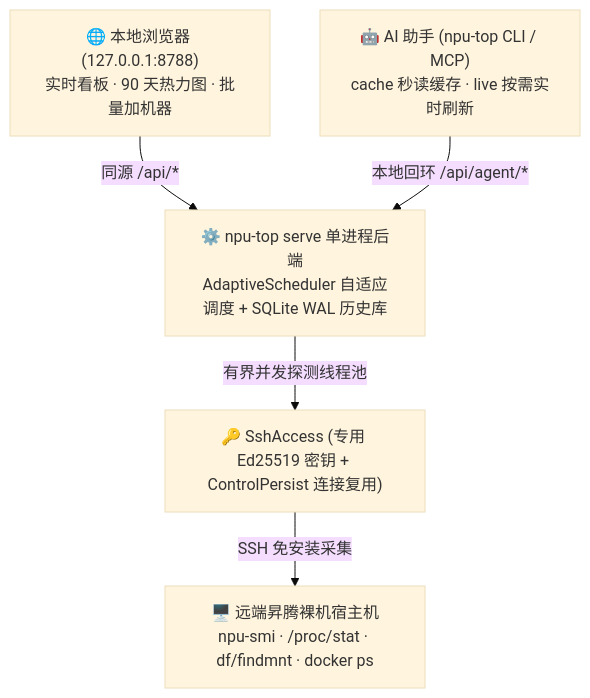
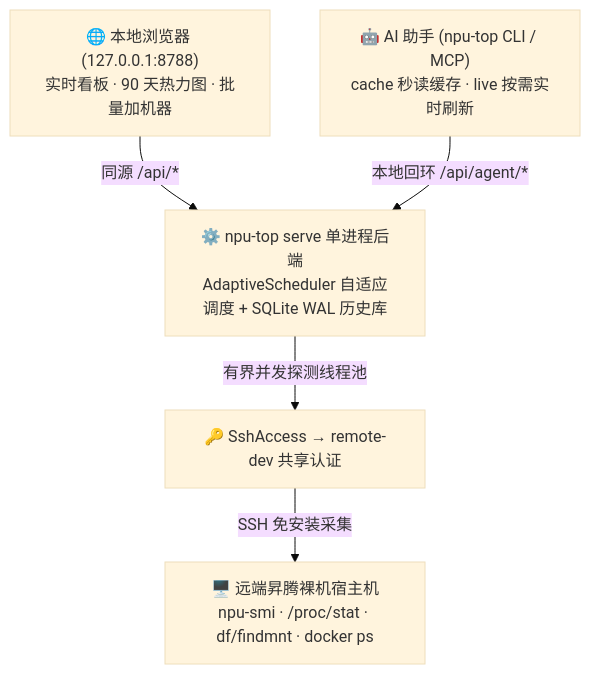
Before and after one commit to mindie-agent/npu-top: the diagram in docs/architecture.zh.md, drawn with Mermaid (base theme). The commit also changed other lines of this file and 24 other files, not shown here.

Commit message:
feat(auth): reuse remote-dev credentials for monitor connections

````diff
--- a/docs/architecture.zh.md
+++ b/docs/architecture.zh.md
@@ -7,13 +7,13 @@
 ```mermaid
 flowchart TB
     Browser["🌐 本地浏览器 (127.0.0.1:8788)<br/>实时看板 · 90 天热力图 · 批量加机器"]
     Agent["🤖 AI 助手 (npu-top CLI / MCP)<br/>cache 秒读缓存 · live 按需实时刷新"]
     Core["⚙️ npu-top serve 单进程后端<br/>AdaptiveScheduler 自适应调度 + SQLite WAL 历史库"]
-    SSH["🔑 SshAccess (专用 Ed25519 密钥 + ControlPersist 连接复用)"]
+    SSH["🔑 SshAccess → remote-dev 共享认证"]
     Host["🖥️ 远端昇腾裸机宿主机<br/>npu-smi · /proc/stat · df/findmnt · docker ps"]
 
     Browser -->|"同源 /api/*"| Core
     Agent -->|"本地回环 /api/agent/*"| Core
     Core -->|"有界并发探测线程池"| SSH
     SSH -->|"SSH 免安装采集"| Host
 ```
````
